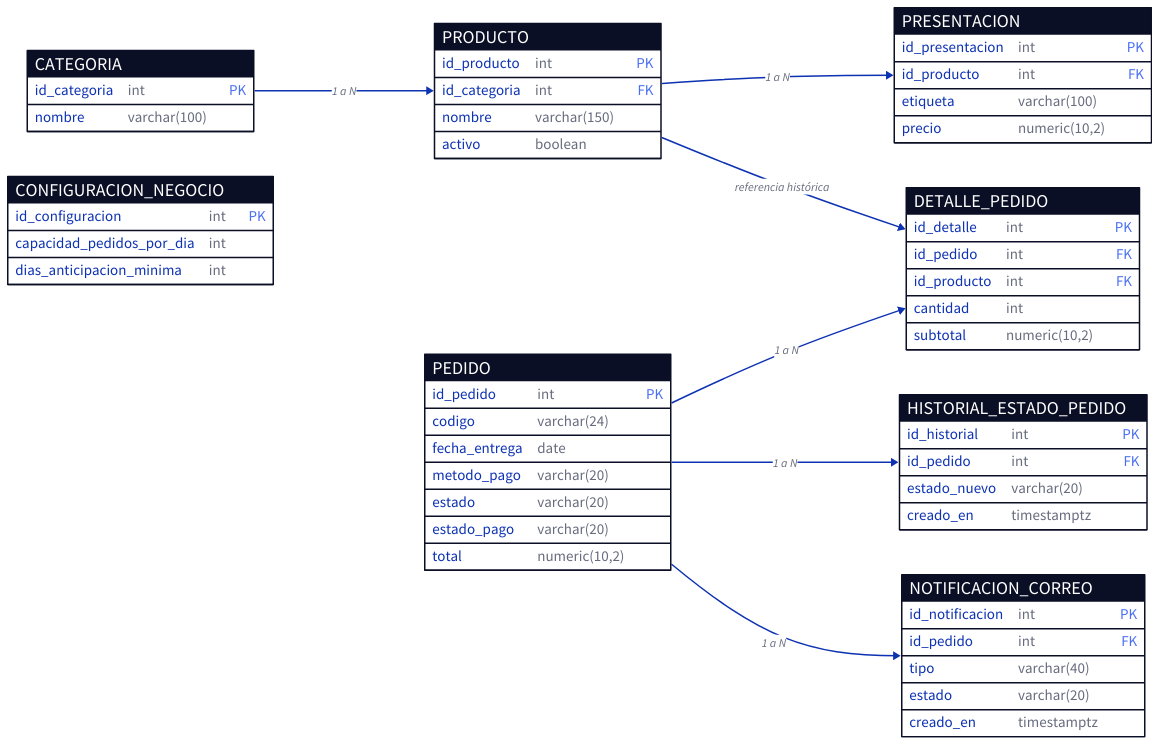
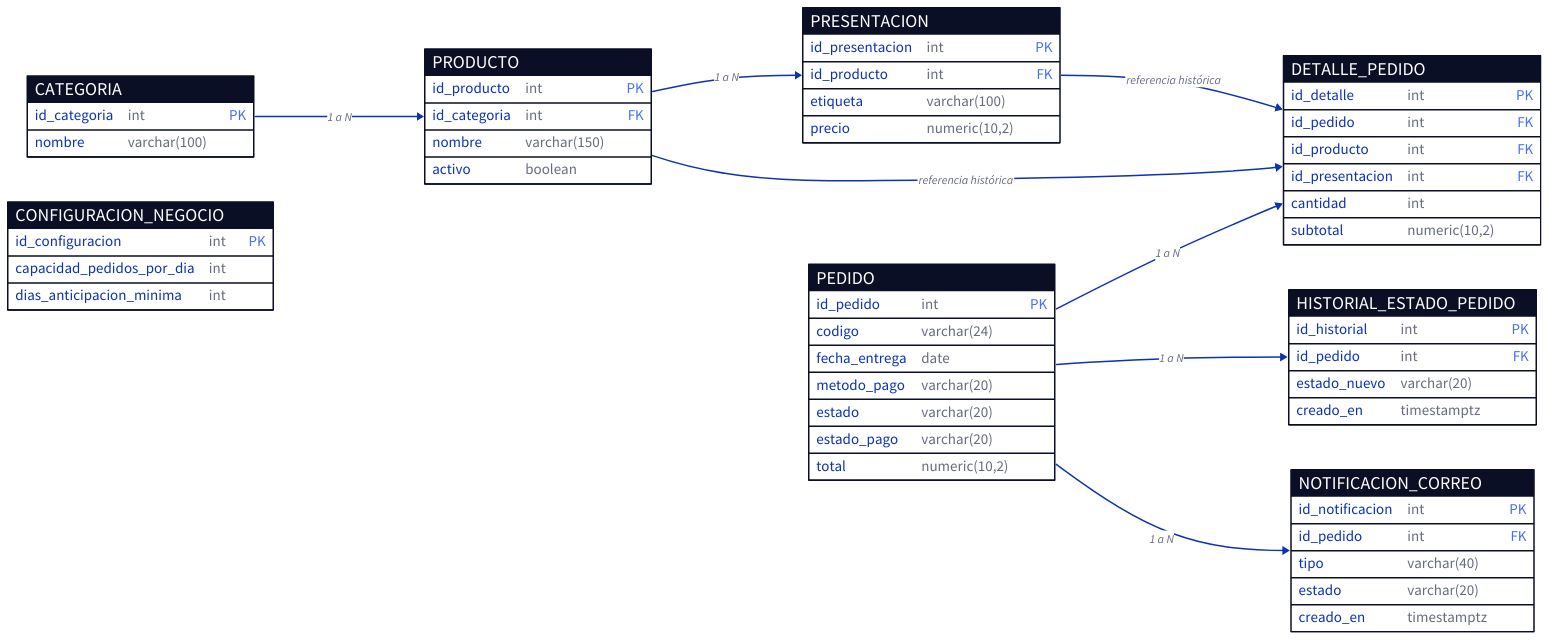
One commit to ThomasPuma/2026_2_MA_CAPSTONE_005D_GRUPO_6 changed the diagram in Fase 2/Evidencias Proyecto/Evidencias de Documentación/Imagenes/Diagramas/Presentacion/p1_er.d2. Above: the diagram before and after it, drawn with D2. The commit also changed 16 other files, not shown here.

Commit message:
Alinear documentos, esquema SQL, diagrama MER y eliminar scripts obsoletos

```diff
--- a/Fase 2/Evidencias Proyecto/Evidencias de Documentación/Imagenes/Diagramas/Presentacion/p1_er.d2
+++ b/Fase 2/Evidencias Proyecto/Evidencias de Documentación/Imagenes/Diagramas/Presentacion/p1_er.d2
@@ -1,78 +1,80 @@
 # MER para presentación — Matteo Masas
 # Versión resumida: ocho tablas con claves y campos principales.
 # El MER completo (todas las columnas) está en d1_er.png y en el documento 05.
 
 direction: right
 
 categoria: CATEGORIA {
   shape: sql_table
   id_categoria: int {constraint: primary_key}
   nombre: varchar(100)
 }
 
 producto: PRODUCTO {
   shape: sql_table
   id_producto: int {constraint: primary_key}
   id_categoria: int {constraint: foreign_key}
   nombre: varchar(150)
   activo: boolean
 }
 
 presentacion: PRESENTACION {
   shape: sql_table
   id_presentacion: int {constraint: primary_key}
   id_producto: int {constraint: foreign_key}
   etiqueta: varchar(100)
   precio: numeric(10,2)
 }
 
 configuracion_negocio: CONFIGURACION_NEGOCIO {
   shape: sql_table
   id_configuracion: int {constraint: primary_key}
   capacidad_pedidos_por_dia: int
   dias_anticipacion_minima: int
 }
 
 pedido: PEDIDO {
   shape: sql_table
   id_pedido: int {constraint: primary_key}
   codigo: varchar(24)
   fecha_entrega: date
   metodo_pago: varchar(20)
   estado: varchar(20)
   estado_pago: varchar(20)
   total: numeric(10,2)
 }
 
 detalle_pedido: DETALLE_PEDIDO {
   shape: sql_table
   id_detalle: int {constraint: primary_key}
   id_pedido: int {constraint: foreign_key}
   id_producto: int {constraint: foreign_key}
+  id_presentacion: int {constraint: foreign_key}
   cantidad: int
   subtotal: numeric(10,2)
 }
 
 historial_estado_pedido: HISTORIAL_ESTADO_PEDIDO {
   shape: sql_table
   id_historial: int {constraint: primary_key}
   id_pedido: int {constraint: foreign_key}
   estado_nuevo: varchar(20)
   creado_en: timestamptz
 }
 
 notificacion_correo: NOTIFICACION_CORREO {
   shape: sql_table
   id_notificacion: int {constraint: primary_key}
   id_pedido: int {constraint: foreign_key}
   tipo: varchar(40)
   estado: varchar(20)
   creado_en: timestamptz
 }
 
 categoria.id_categoria -> producto.id_categoria: "1 a N"
 producto.id_producto -> presentacion.id_producto: "1 a N"
 pedido.id_pedido -> detalle_pedido.id_pedido: "1 a N"
 producto.id_producto -> detalle_pedido.id_producto: "referencia histórica"
+presentacion.id_presentacion -> detalle_pedido.id_presentacion: "referencia histórica"
 pedido.id_pedido -> historial_estado_pedido.id_pedido: "1 a N"
 pedido.id_pedido -> notificacion_correo.id_pedido: "1 a N"
```
